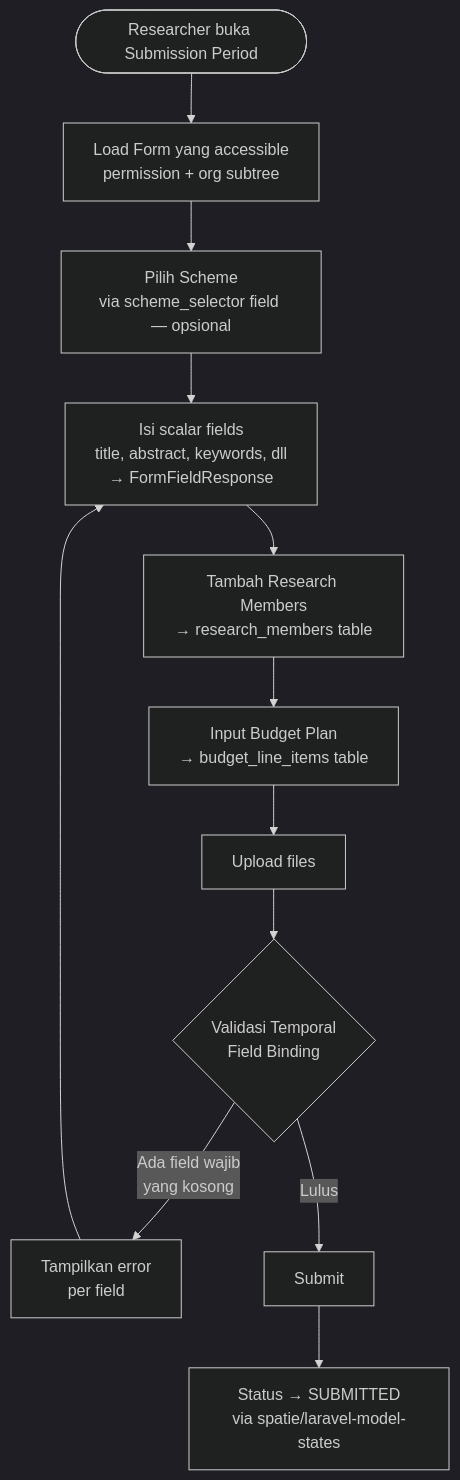
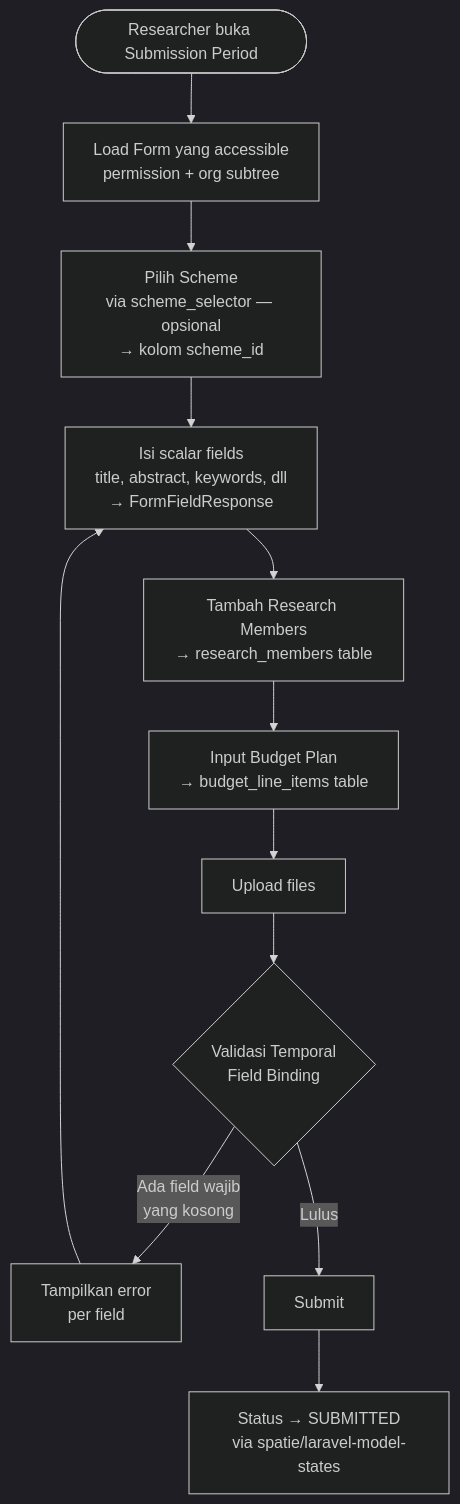
The first of 6 diagrams in docs/requirement-analysis/ddd/core/01_submission.md (nas11ai/sim-kerjasama-itk), drawn with Mermaid (dark theme) before and after one commit. The commit also changed other lines of this file and 5 other files, not shown here.

Commit message:
docs: bump DDD to v2.4 for schema and lifecycle decisions

````diff
--- a/docs/requirement-analysis/ddd/core/01_submission.md
+++ b/docs/requirement-analysis/ddd/core/01_submission.md
@@ -19,14 +44,14 @@
 ```mermaid
 flowchart TD
     START([Researcher buka Submission Period]) --> A[Load Form yang accessible<br/>permission + org subtree]
-    A --> B[Pilih Scheme<br/>via scheme_selector field — opsional]
+    A --> B[Pilih Scheme<br/>via scheme_selector — opsional<br/>→ kolom scheme_id]
     B --> C[Isi scalar fields<br/>title, abstract, keywords, dll<br/>→ FormFieldResponse]
     C --> D[Tambah Research Members<br/>→ research_members table]
     D --> E[Input Budget Plan<br/>→ budget_line_items table]
     E --> F[Upload files]
     F --> G{Validasi Temporal<br/>Field Binding}
     G -->|Ada field wajib<br/>yang kosong| ERR[Tampilkan error<br/>per field]
     ERR --> C
     G -->|Lulus| H[Submit]
     H --> I[Status → SUBMITTED<br/>via spatie/laravel-model-states]
 ```
````
